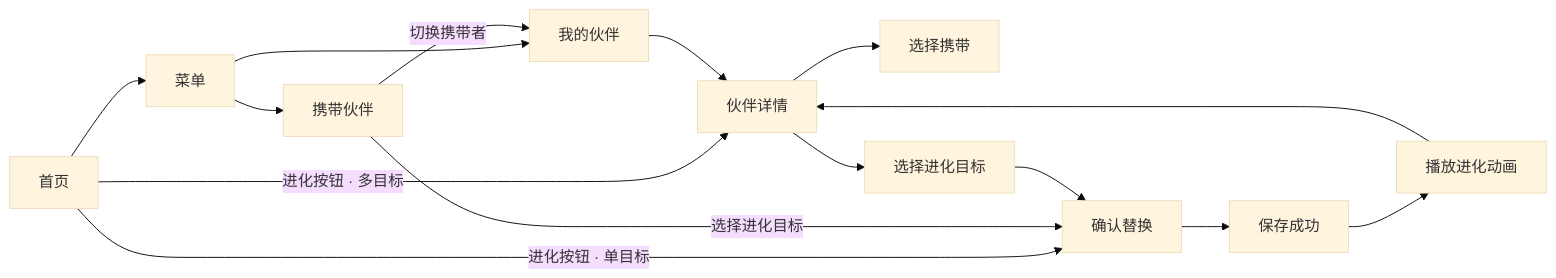
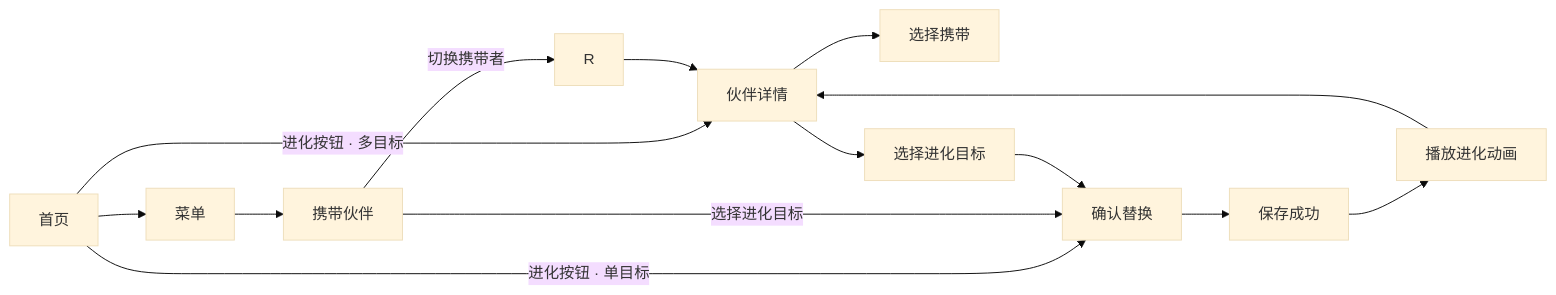
The diagram in docs/design/walking-progression.md (sunny0826/poketrail), drawn with Mermaid (base theme) before and after one commit. The commit also changed other lines of this file and 54 other files, not shown here.

````diff
--- a/docs/design/walking-progression.md
+++ b/docs/design/walking-progression.md
@@ -27,17 +27,16 @@
 ```mermaid
 flowchart LR
   H[首页] --> M[菜单]
   H -->|进化按钮 · 单目标| F
   H -->|进化按钮 · 多目标| D
-  M --> R[我的伙伴]
   M --> P[携带伙伴]
   P -->|切换携带者| R
   P -->|选择进化目标| F
   R --> D[伙伴详情]
   D --> C[选择携带]
   D --> E[选择进化目标]
   E --> F[确认替换]
   F --> S[保存成功]
   S --> A[播放进化动画]
   A --> D
 ```
````
